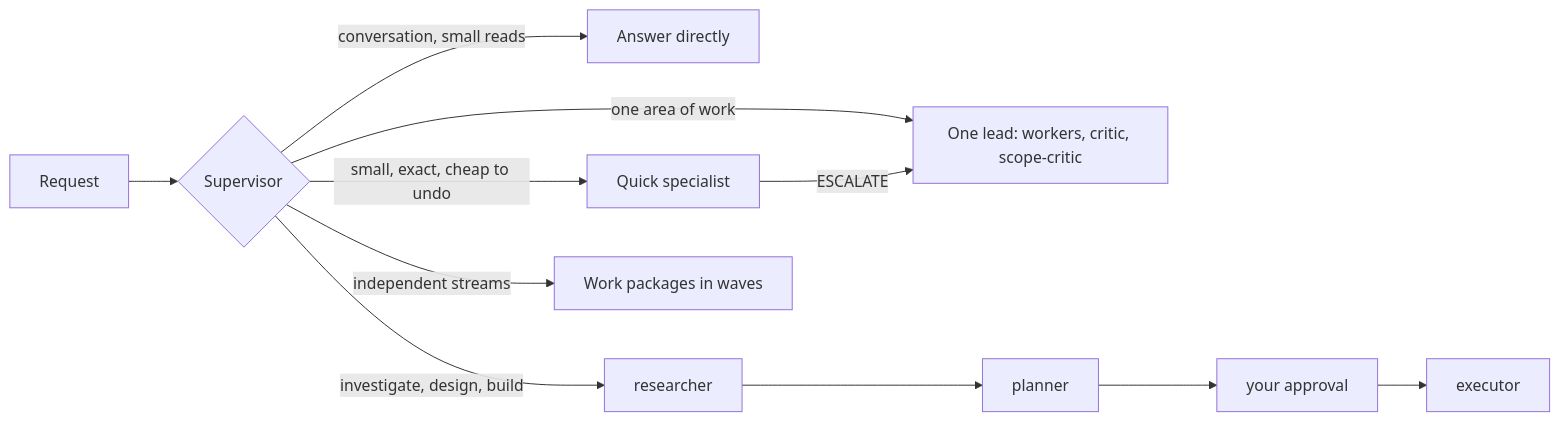
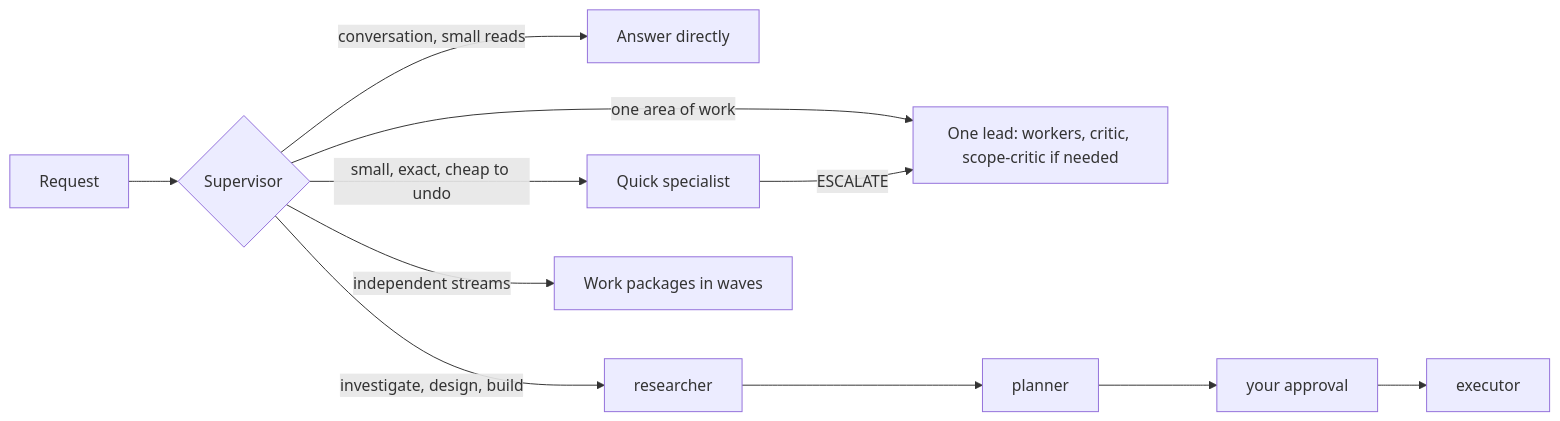
The first of 3 diagrams in README.md (sly2j/claude-supervisor), drawn with Mermaid before and after one commit. The commit also changed other lines of this file and 23 other files, not shown here.

````diff
--- a/README.md
+++ b/README.md
@@ -82,10 +82,10 @@
 ```mermaid
 flowchart LR
   R[Request] --> S{Supervisor}
   S -->|conversation, small reads| D[Answer directly]
   S -->|small, exact, cheap to undo| Q[Quick specialist]
-  S -->|one area of work| L["One lead: workers, critic, scope-critic"]
+  S -->|one area of work| L["One lead: workers, critic, scope-critic if needed"]
   S -->|investigate, design, build| C1[researcher] --> C2[planner] --> C3[your approval] --> C4[executor]
   S -->|independent streams| W[Work packages in waves]
   Q -->|ESCALATE| L
 ```
````
